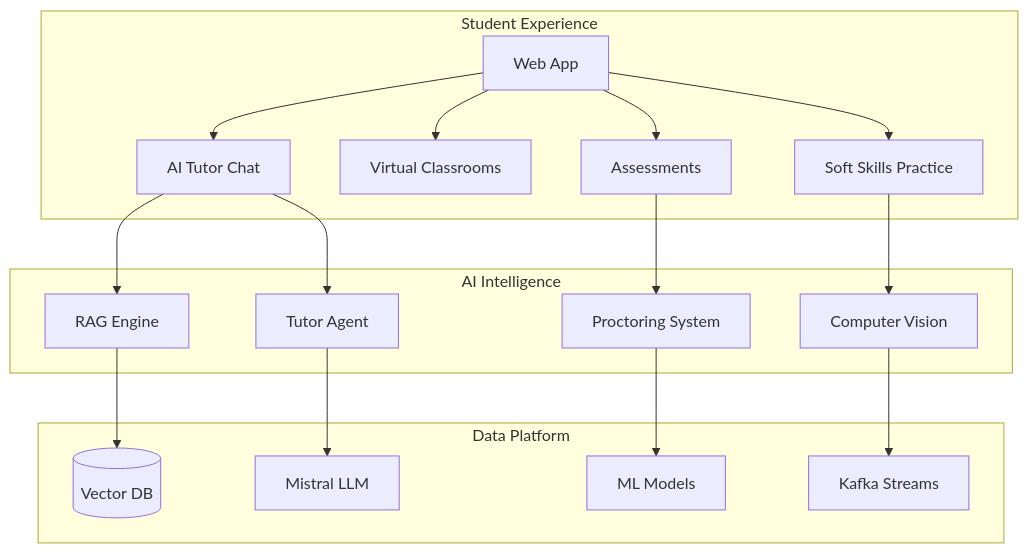
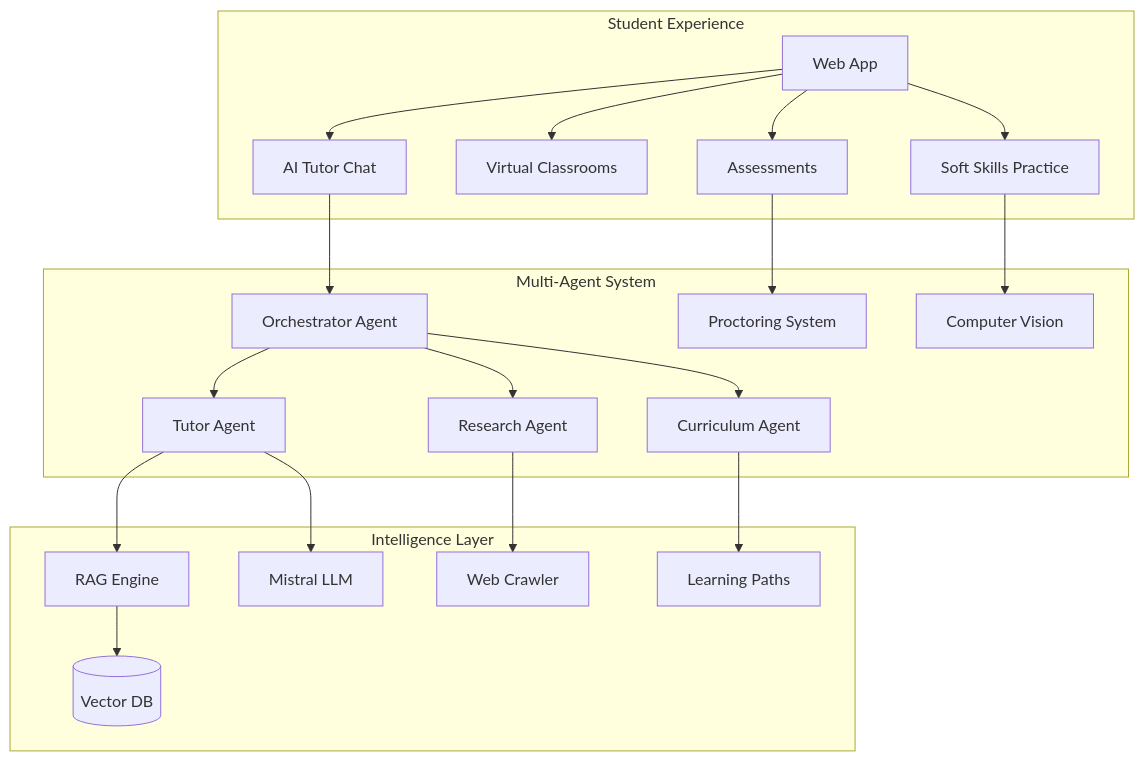
The first of 11 diagrams in README.md (realshubhamraut/ensureStudy), drawn with Mermaid before and after one commit. The commit also changed other lines of this file and 33 other files, not shown here.

````diff
--- a/README.md
+++ b/README.md
@@ -9,23 +9,26 @@
 ```mermaid
 graph TB
     subgraph "Student Experience"
         Web[Web App] --> Chat[AI Tutor Chat]
         Web --> Class[Virtual Classrooms]
         Web --> Assess[Assessments]
         Web --> Soft[Soft Skills Practice]
     end
     
-    subgraph "AI Intelligence"
-        Chat --> RAG[RAG Engine]
-        Chat --> Agent[Tutor Agent]
+    subgraph "Multi-Agent System"
+        Chat --> Orchestrator[Orchestrator Agent]
+        Orchestrator --> Tutor[Tutor Agent]
+        Orchestrator --> Research[Research Agent]
+        Orchestrator --> Curriculum[Curriculum Agent]
         Assess --> Proctor[Proctoring System]
         Soft --> Vision[Computer Vision]
     end
     
-    subgraph "Data Platform"
+    subgraph "Intelligence Layer"
+        Tutor --> RAG[RAG Engine]
+        Research --> WebSearch[Web Crawler]
+        Curriculum --> Planner[Learning Paths]
         RAG --> Vector[(Vector DB)]
-        Agent --> LLM[Mistral LLM]
-        Proctor --> ML[ML Models]
-        Vision --> Stream[Kafka Streams]
+        Tutor --> LLM[Mistral LLM]
     end
 ```
````
